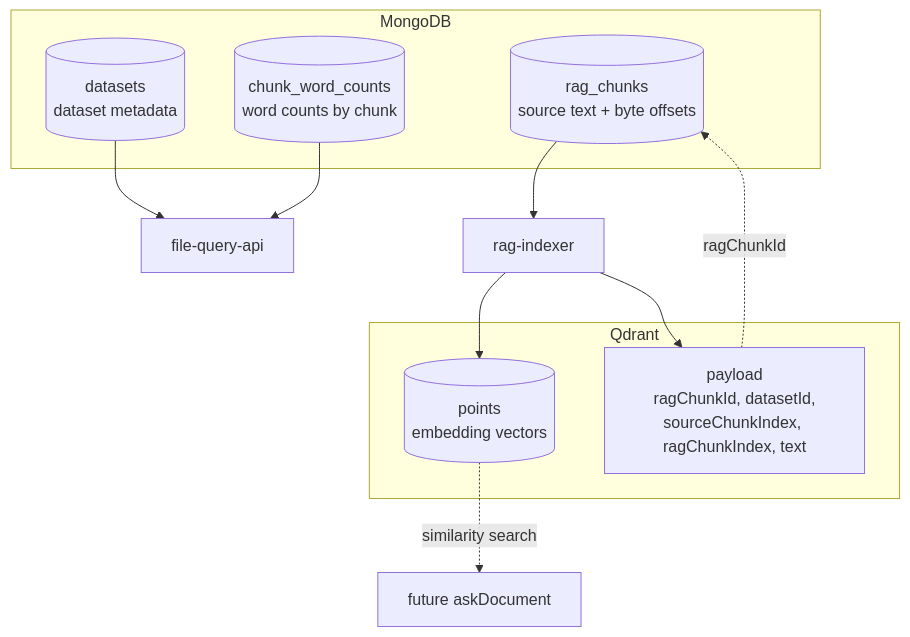
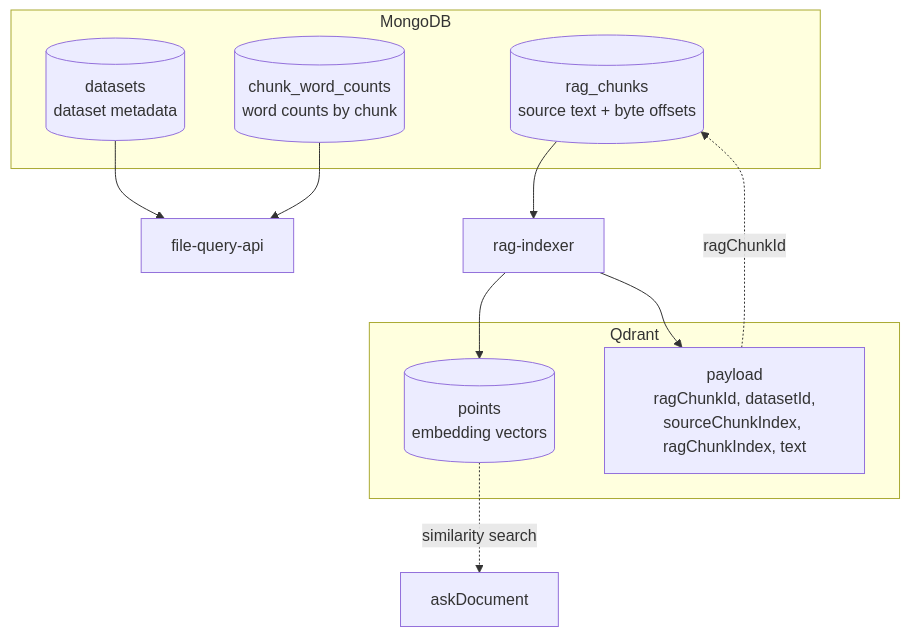
Before and after one commit to hmeclazcke/reactive-rag-document-processor: the second of 4 diagrams in README.md, drawn with Mermaid. The commit also changed other lines of this file, not shown here.

Commit message:
docs: simplify README for completed RAG flow

````diff
--- a/README.md
+++ b/README.md
@@ -90,22 +68,22 @@
 ```mermaid
 flowchart TB
     subgraph MONGO["MongoDB"]
         DATASETS[("datasets<br/>dataset metadata")]
         WORDS[("chunk_word_counts<br/>word counts by chunk")]
         RAG[("rag_chunks<br/>source text + byte offsets")]
     end
 
     subgraph QDRANT["Qdrant"]
         POINTS[("points<br/>embedding vectors")]
         PAYLOAD["payload<br/>ragChunkId, datasetId,<br/>sourceChunkIndex, ragChunkIndex, text"]
     end
 
     DATASETS --> FQA["file-query-api"]
     WORDS --> FQA
     RAG --> RI["rag-indexer"]
     RI --> POINTS
     RI --> PAYLOAD
 
-    POINTS -. "similarity search" .-> FUTURE["future askDocument"]
+    POINTS -. "similarity search" .-> ASK["askDocument"]
     PAYLOAD -. "ragChunkId" .-> RAG
 ```
````
